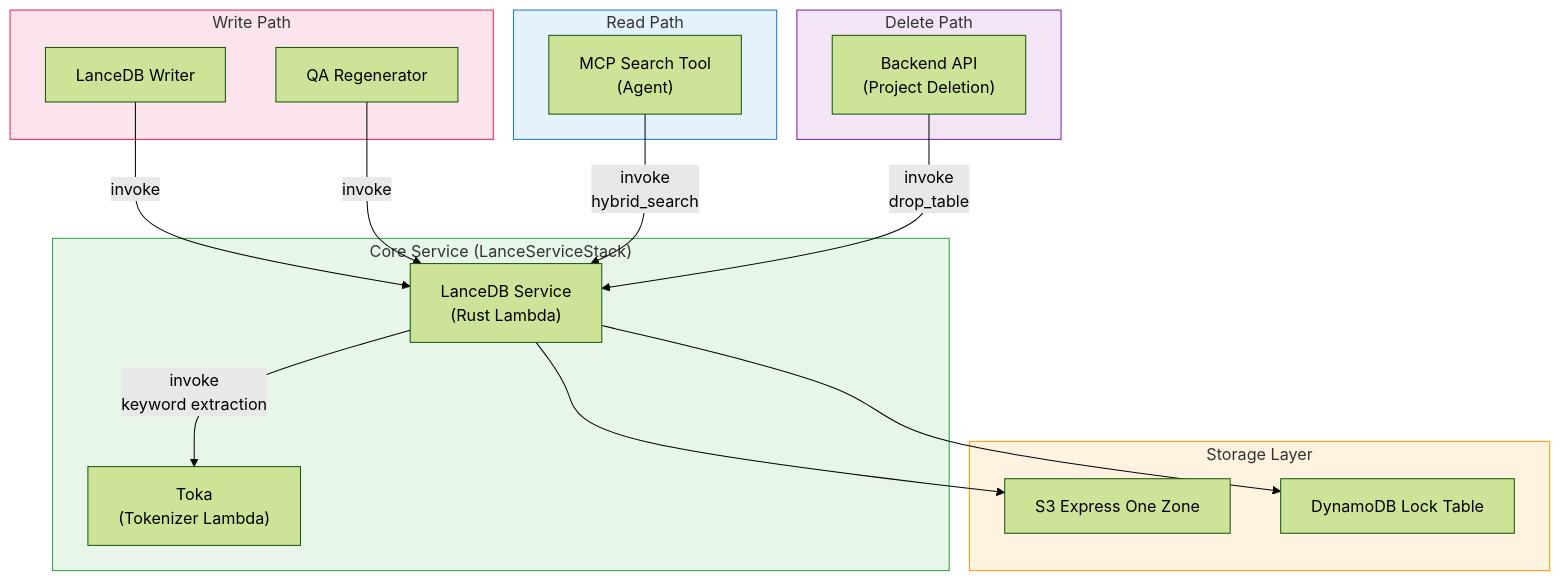
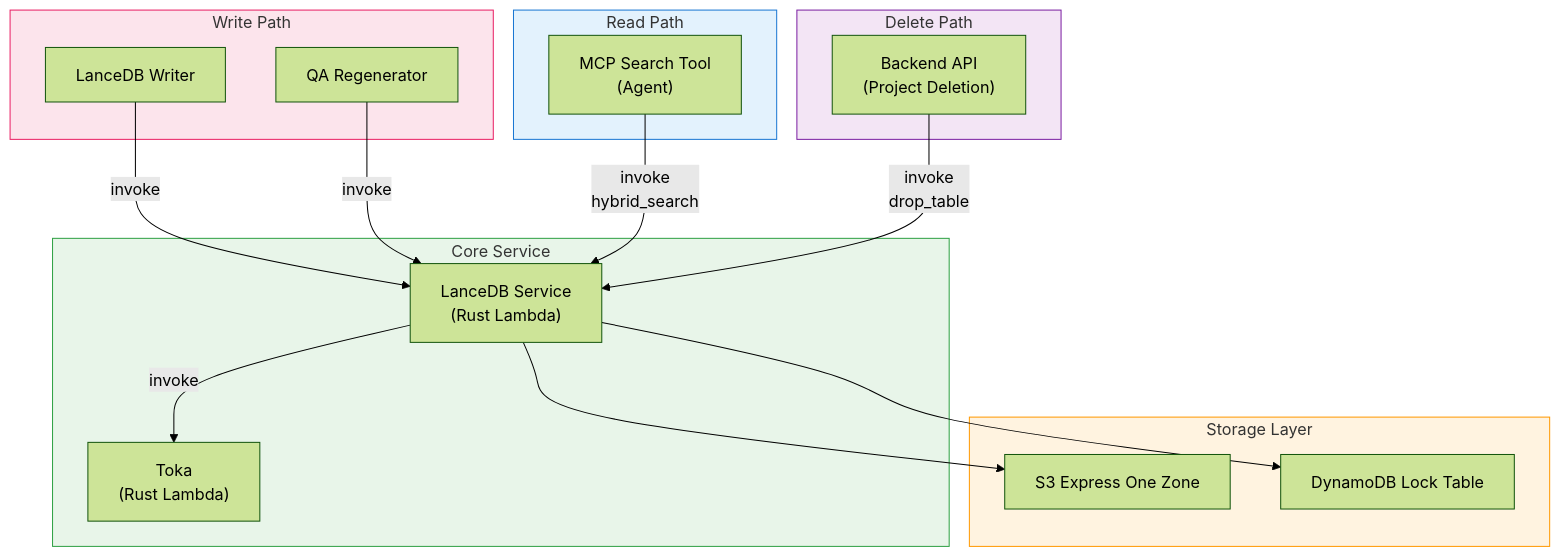
Before and after one commit to rajaelime/sample-aws-idp-pipeline: the diagram in docs/src/content/docs/en/vectordb.md, drawn with Mermaid (forest theme). The commit also changed other lines of this file and 19 other files, not shown here.

First line of the commit message:
docs: update OCR docs to reflect Rust PaddleOCR Lambda architecture (#244)

````diff
--- a/docs/src/content/docs/en/vectordb.md
+++ b/docs/src/content/docs/en/vectordb.md
@@ -328,39 +277,39 @@
 ```mermaid
 graph TB
     subgraph Write["Write Path"]
         Writer["LanceDB Writer"]
         QA["QA Regenerator"]
     end
 
     subgraph Read["Read Path"]
         MCP["MCP Search Tool<br/>(Agent)"]
     end
 
     subgraph Delete["Delete Path"]
         Backend["Backend API<br/>(Project Deletion)"]
     end
 
-    subgraph Core["Core Service (LanceServiceStack)"]
+    subgraph Core["Core Service"]
         Service["LanceDB Service<br/>(Rust Lambda)"]
-        Toka["Toka<br/>(Tokenizer Lambda)"]
+        Toka["Toka<br/>(Rust Lambda)"]
     end
 
     subgraph Storage["Storage Layer"]
         S3["S3 Express One Zone"]
         DDB["DynamoDB Lock Table"]
     end
 
     Writer -->|invoke| Service
     QA -->|invoke| Service
     MCP -->|invoke<br/>hybrid_search| Service
     Backend -->|invoke<br/>drop_table| Service
 
-    Service -->|invoke<br/>keyword extraction| Toka
     Service --> S3 & DDB
+    Service -->|invoke| Toka
 
     style Storage fill:#fff3e0,stroke:#ff9900
     style Core fill:#e8f5e9,stroke:#2ea043
     style Write fill:#fce4ec,stroke:#e91e63
     style Read fill:#e3f2fd,stroke:#1976d2
     style Delete fill:#f3e5f5,stroke:#7b1fa2
 ```
````
